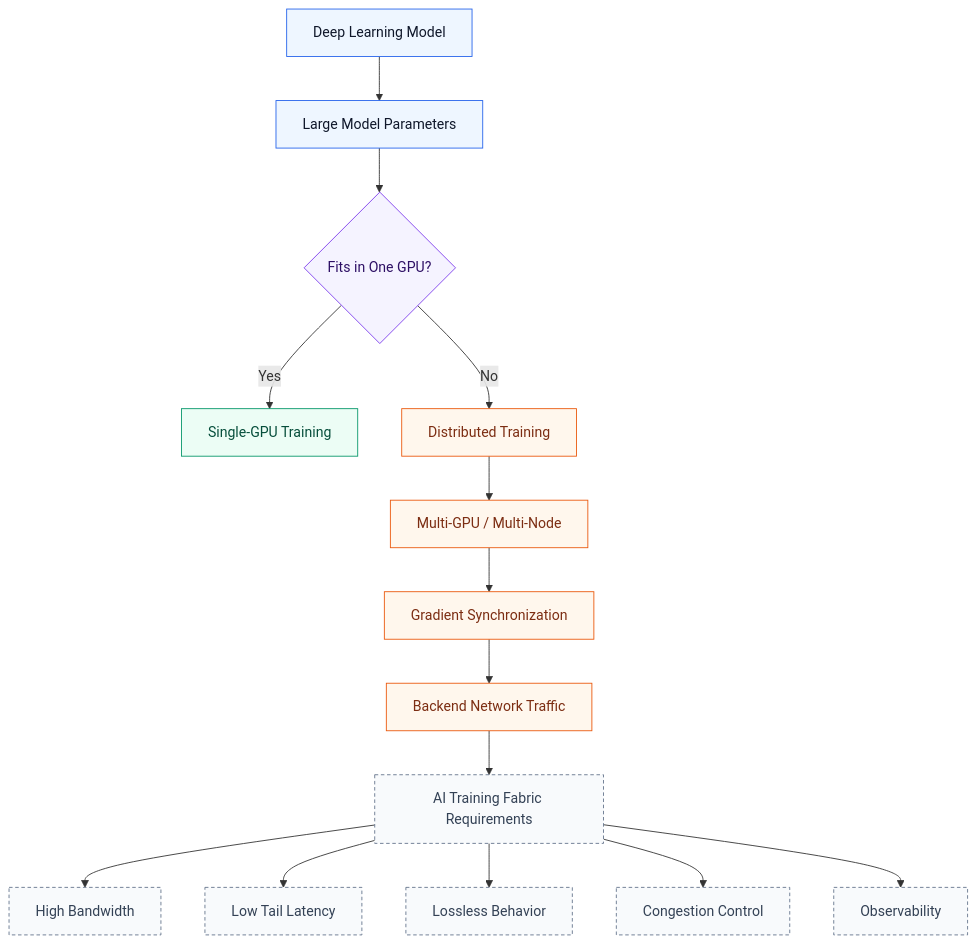
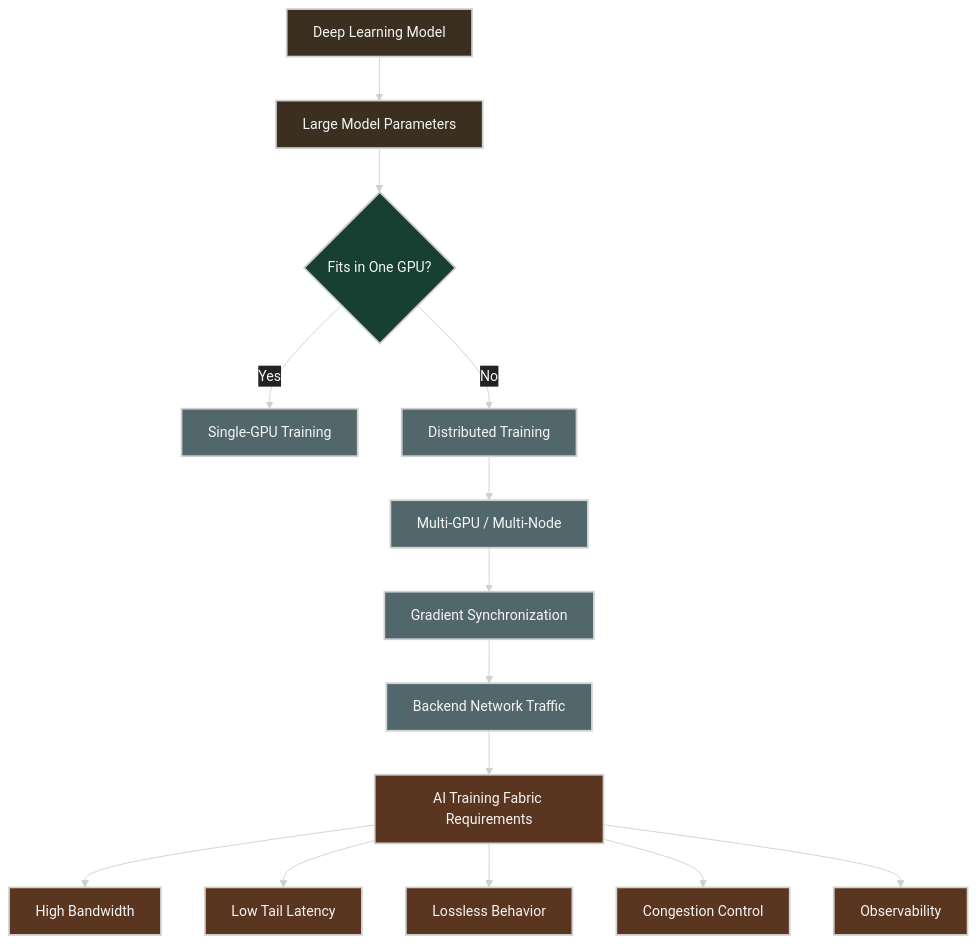
One commit to ziwon/ai-data-center-network changed the first of 12 diagrams in deep-learning-for-network-engineers/week01/README.md. Above: the diagram before and after it, drawn with Mermaid. The commit also changed other lines of this file and 35 other files, not shown here.

Commit message:
docs(mermaid): apply dark diagram style

````diff
--- a/deep-learning-for-network-engineers/week01/README.md
+++ b/deep-learning-for-network-engineers/week01/README.md
@@ -39,25 +39,26 @@
 ```mermaid
+%%{init: {"theme": "base", "themeVariables": {"background": "#171717", "primaryColor": "#232323", "primaryTextColor": "#f5f5f5", "primaryBorderColor": "#d0d0d0", "lineColor": "#cfcfcf", "fontFamily": "Inter, Arial, sans-serif"}}}%%
 flowchart TB
-    classDef model fill:#eef6ff,stroke:#2563eb,stroke-width:1px,color:#0f172a
-    classDef decision fill:#f5f3ff,stroke:#7c3aed,stroke-width:1px,color:#2e1065
-    classDef compute fill:#ecfdf5,stroke:#059669,stroke-width:1px,color:#064e3b
-    classDef network fill:#fff7ed,stroke:#ea580c,stroke-width:1px,color:#7c2d12
-    classDef requirement fill:#f8fafc,stroke:#64748b,stroke-dasharray:4 3,color:#334155
+    classDef model fill:#3b2f20,stroke:#d0d0d0,color:#f5f5f5,stroke-width:2px;
+    classDef decision fill:#173f32,stroke:#d0d0d0,color:#f5f5f5,stroke-width:2px;
+    classDef compute fill:#52676b,stroke:#d0d0d0,color:#f5f5f5,stroke-width:2px;
+    classDef network fill:#52676b,stroke:#d0d0d0,color:#f5f5f5,stroke-width:2px;
+    classDef requirement fill:#5a3520,stroke:#d0d0d0,color:#f5f5f5,stroke-width:2px;
 
     A[Deep Learning Model]:::model --> B[Large Model Parameters]:::model
     B --> C{Fits in One GPU?}:::decision
 
     C -- Yes --> D[Single-GPU Training]:::compute
     C -- No --> E[Distributed Training]:::network
 
     E --> F[Multi-GPU / Multi-Node]:::network
     F --> G[Gradient Synchronization]:::network
     G --> H[Backend Network Traffic]:::network
     H --> I[AI Training Fabric Requirements]:::requirement
 
     I --> I1[High Bandwidth]:::requirement
     I --> I2[Low Tail Latency]:::requirement
     I --> I3[Lossless Behavior]:::requirement
     I --> I4[Congestion Control]:::requirement
     I --> I5[Observability]:::requirement
 ```
````
